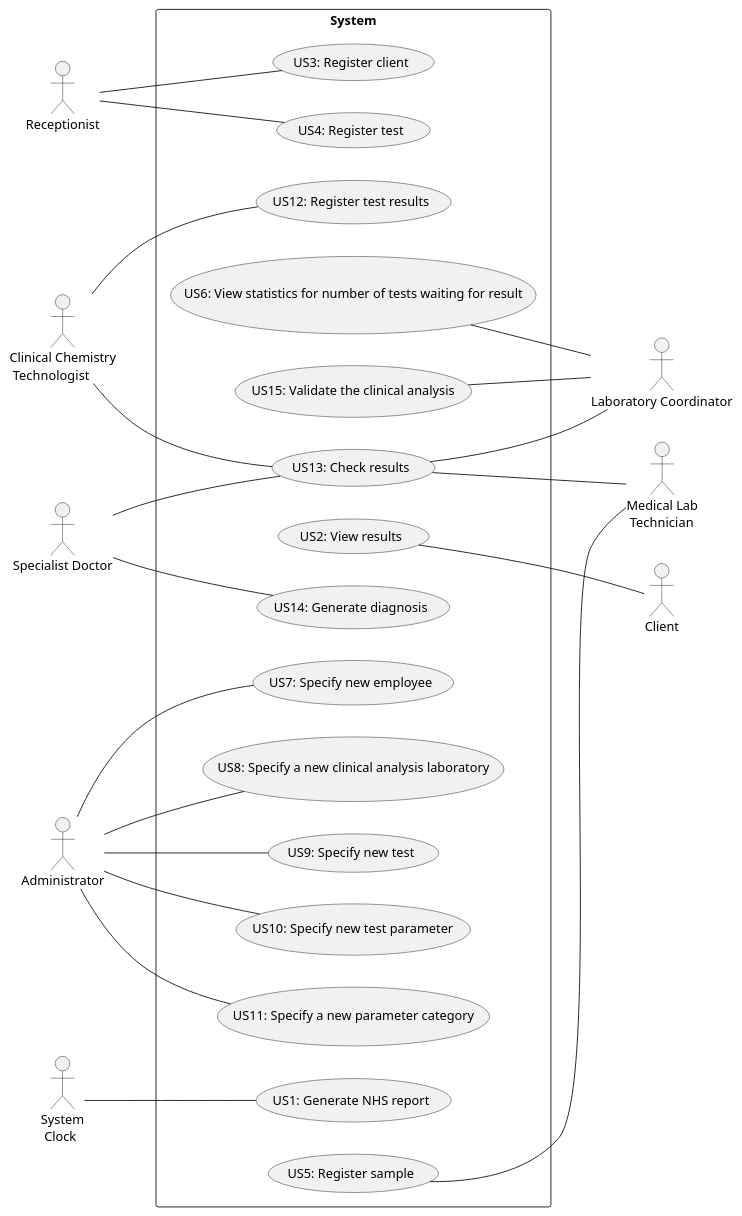
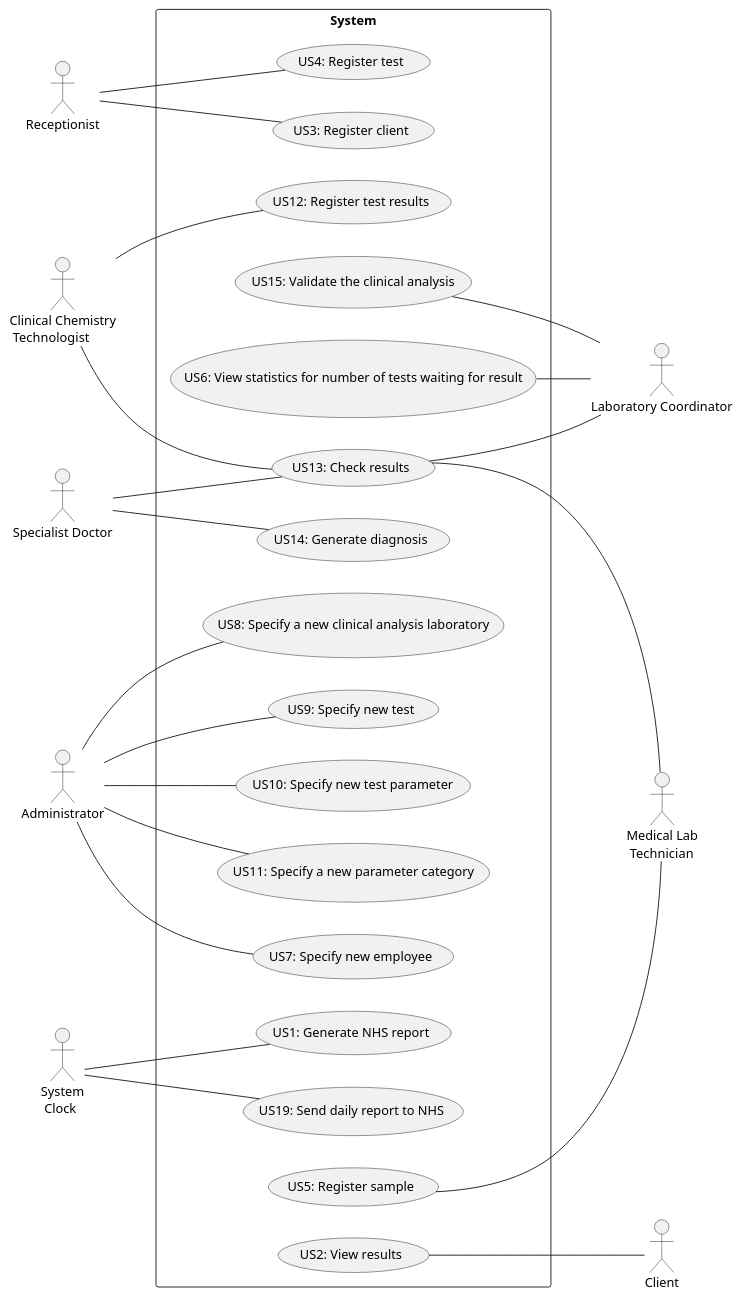
Before and after one commit to MadDinosaur/ISEP-LAPR2: the diagram in docs/SprintD/UCD.puml, drawn with PlantUML. The commit also changed 2 other files, not shown here.

```diff
--- a/docs/SprintD/UCD.puml
+++ b/docs/SprintD/UCD.puml
@@ -1,53 +1,54 @@
 @startuml
-'https://plantuml.com/use-case-diagram
 
 left to right direction
 skinparam packageStyle rectangle
 'Actors
 :Receptionist:
 :Medical Lab\n Technician: as MLT
 :Clinical Chemistry\n Technologist: as CCT
 :Specialist Doctor: as Doctor
 :Laboratory Coordinator: as LC
 :Client:
 :Administrator:
 :System\n Clock: as Clock
 
 package System {
     (US4: Register test) as US4
     (US3: Register client) as US3
     (US12: Register test results) as US12
     (US14: Generate diagnosis) as US14
     (US1: Generate NHS report) as US1
+    (US19: Send daily report to NHS) as US19
     (US15: Validate the clinical analysis) as US15
     (US2: View results) as US2
     (US13: Check results) as US13
     (US7: Specify new employee) as US7
     (US8: Specify a new clinical analysis laboratory) as US8
     (US9: Specify new test) as US9
     (US10: Specify new test parameter) as US10
     (US11: Specify a new parameter category) as US11
     (US5: Register sample) as US5
     (US6: View statistics for number of tests waiting for result) as US6
 }
 
 'Use Cases
 Receptionist -- US4
 Receptionist -- US3
 CCT -- US12
 CCT -- US13
 Doctor -- US14
 Doctor -- US13
 US15 -- LC
 US13 -- LC
 US2 -- Client
 US5 -- MLT
 US13 -- MLT
 Administrator -- US7
 Administrator -- US8
 Administrator -- US9
 Administrator -- US10
 Administrator -- US11
 US6 -- LC
 Clock -- US1
+Clock -- US19
 @enduml
```
